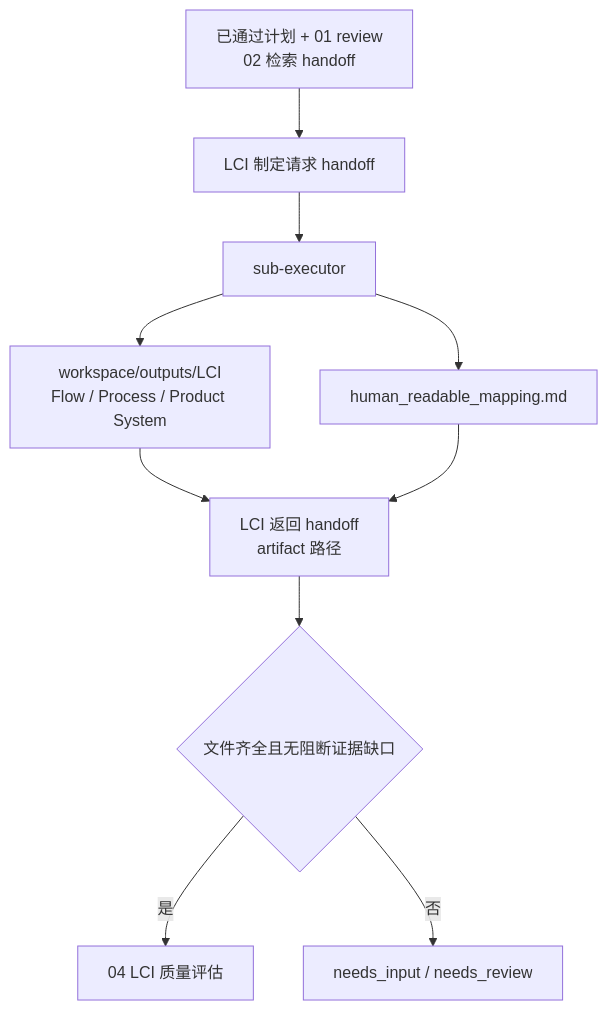
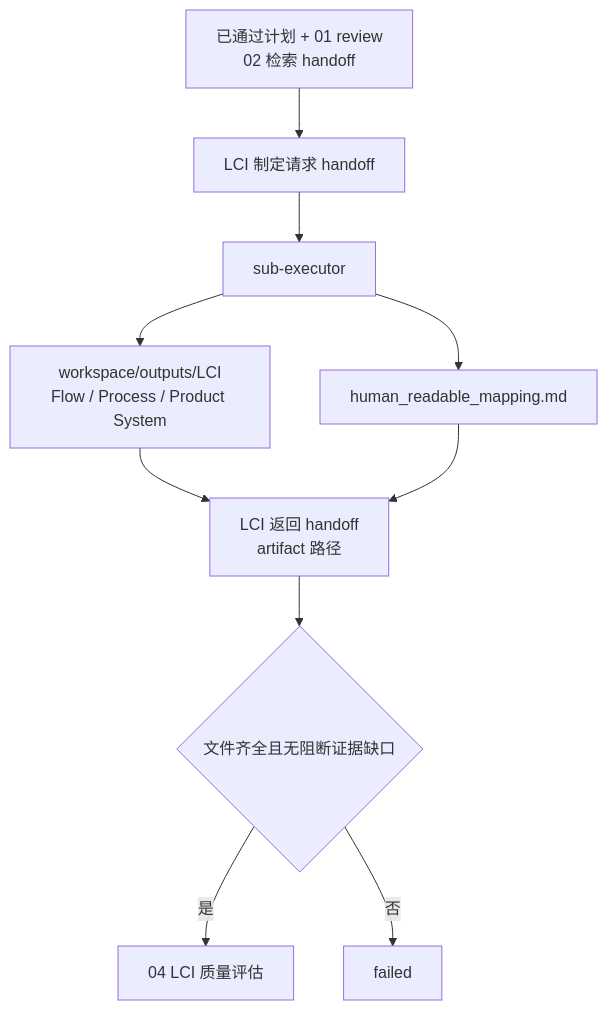
One commit to mrzed891194322/Harness-driven-LCA-dev-agents changed the diagram in harness/specs/03-lci-construction/schema_mapping.md. Above: the diagram before and after it, drawn with Mermaid. The commit also changed 40 other files, not shown here.

````diff
--- a/harness/specs/03-lci-construction/schema_mapping.md
+++ b/harness/specs/03-lci-construction/schema_mapping.md
@@ -9,19 +9,19 @@
 ```mermaid
 flowchart TD
     inputs["已通过计划 + 01 review<br/>02 检索 handoff"]
     request["LCI 制定请求 handoff"]
     executor["sub-executor"]
     lci["workspace/outputs/LCI<br/>Flow / Process / Product System"]
     mapping["human_readable_mapping.md"]
     returned["LCI 返回 handoff<br/>artifact 路径"]
     gate{"文件齐全且无阻断证据缺口"}
     next["04 LCI 质量评估"]
-    stop["needs_input / needs_review"]
+    stop["failed"]
 
     inputs --> request --> executor
     executor --> lci --> returned
     executor --> mapping --> returned
     returned --> gate
     gate -->|是| next
     gate -->|否| stop
 ```
````
